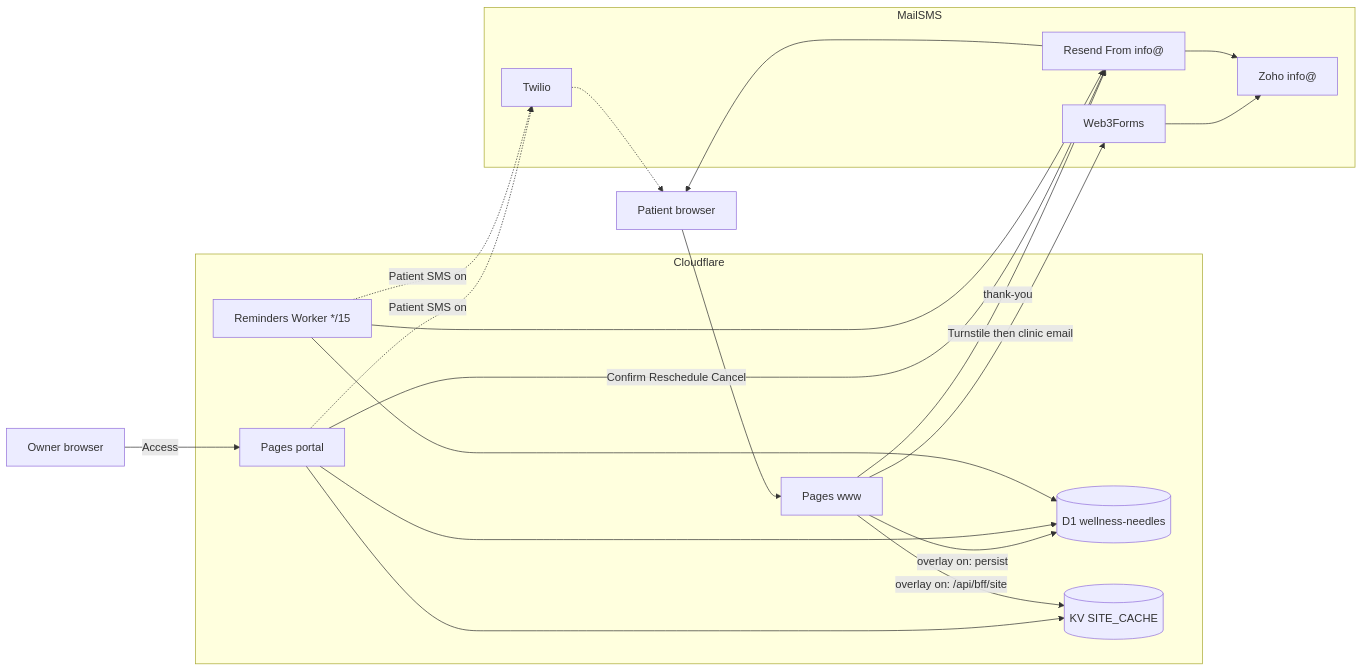
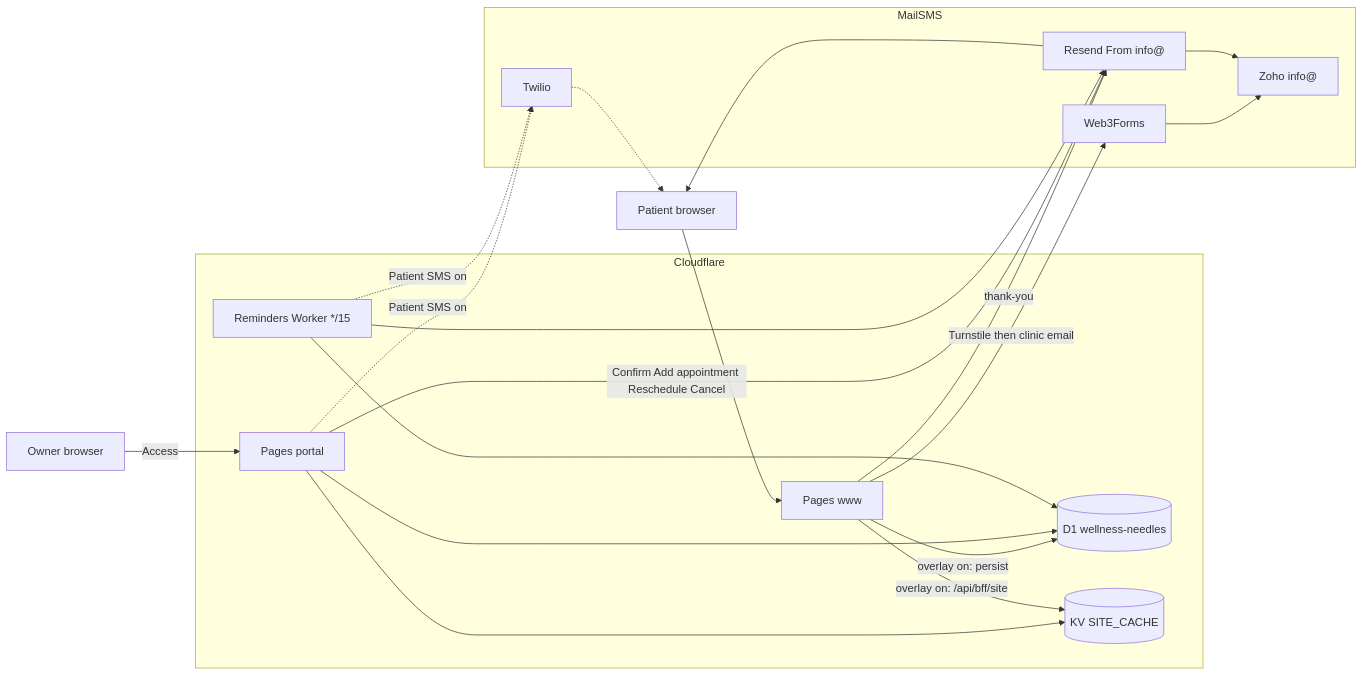
The diagram in docs/architecture-system.mmd (hbacalso1229/wellness-needles), drawn with Mermaid before and after one commit. The commit also changed 15 other files, not shown here.

```diff
--- a/docs/architecture-system.mmd
+++ b/docs/architecture-system.mmd
@@ -1,36 +1,36 @@
 flowchart LR
   Patient[Patient browser]
   Owner[Owner browser]
 
   subgraph Cloudflare
     WWW[Pages www]
     Portal[Pages portal]
     Worker[Reminders Worker */15]
     D1[(D1 wellness-needles)]
     KV[(KV SITE_CACHE)]
   end
 
   subgraph MailSMS
     W3[Web3Forms]
     Resend[Resend From info@]
     Zoho[Zoho info@]
     Twilio[Twilio]
   end
 
   Patient --> WWW
   Owner -->|Access| Portal
   WWW -->|Turnstile then clinic email| W3
   W3 --> Zoho
   WWW -->|overlay on: persist| D1
   WWW -->|thank-you| Resend
   Resend --> Patient
   Portal --> D1
   Portal --> KV
   WWW -->|overlay on: /api/bff/site| KV
-  Portal -->|Confirm Reschedule Cancel| Resend
+  Portal -->|Confirm Add appointment Reschedule Cancel| Resend
   Resend --> Zoho
   Worker --> D1
   Worker --> Resend
   Portal -.->|Patient SMS on| Twilio
   Worker -.->|Patient SMS on| Twilio
   Twilio -.-> Patient
```
